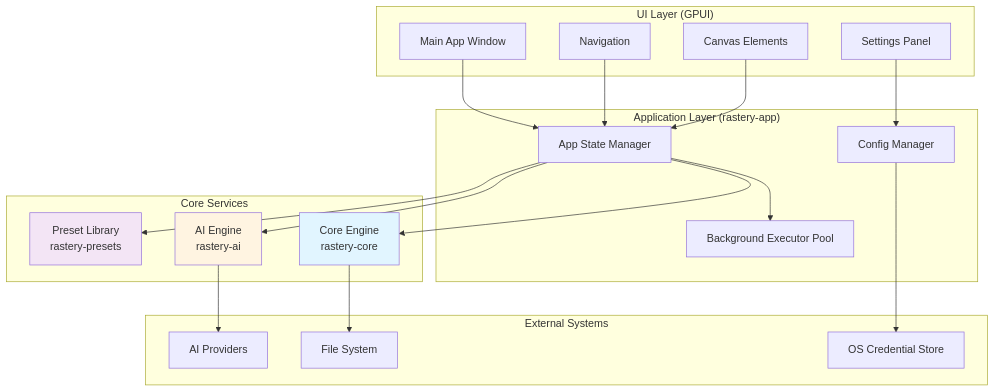
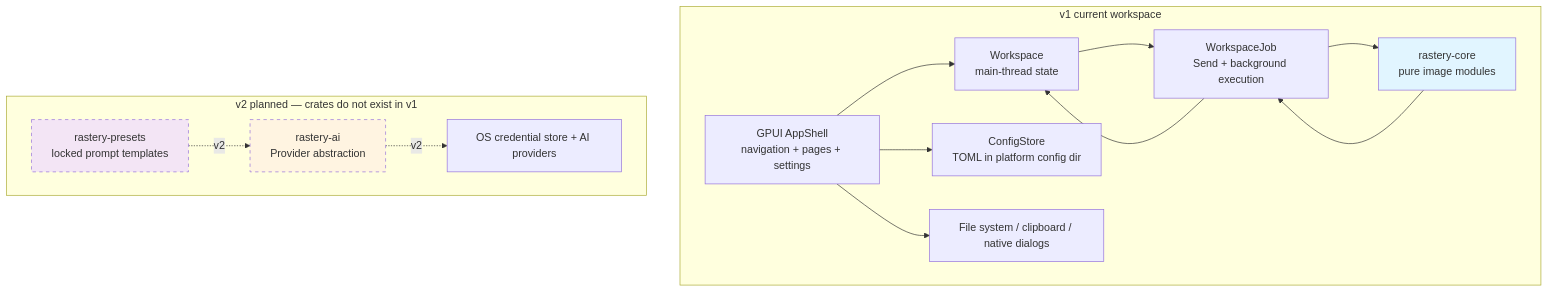
Before and after one commit to willmove/impressy: the first of 2 diagrams in docs/spec/design.md, drawn with Mermaid. The commit also changed other lines of this file and 1 other file, not shown here.

Commit message:
docs: reconcile v1 specification with current scope

````diff
--- a/docs/spec/design.md
+++ b/docs/spec/design.md
@@ -43,43 +56,31 @@
 ```mermaid
 graph TB
-    subgraph "UI Layer (GPUI)"
-        A[Main App Window]
-        B[Navigation]
-        C[Canvas Elements]
-        D[Settings Panel]
+    subgraph "v1 current workspace"
+        A["GPUI AppShell<br/>navigation + pages + settings"]
+        B["Workspace<br/>main-thread state"]
+        C["WorkspaceJob<br/>Send + background execution"]
+        D["rastery-core<br/>pure image modules"]
+        E["ConfigStore<br/>TOML in platform config dir"]
+        F["File system / clipboard / native dialogs"]
     end
-    
-    subgraph "Application Layer (rastery-app)"
-        E[App State Manager]
-        F[Background Executor Pool]
-        G[Config Manager]
+
+    subgraph "v2 planned — crates do not exist in v1"
+        G["rastery-ai<br/>Provider abstraction"]
+        H["rastery-presets<br/>locked prompt templates"]
+        I["OS credential store + AI providers"]
     end
-    
-    subgraph "Core Services"
-        H[Core Engine<br/>rastery-core]
-        I[AI Engine<br/>rastery-ai]
-        K[Preset Library<br/>rastery-presets]
-    end
-    
-    subgraph "External Systems"
-        L[OS Credential Store]
-        M[AI Providers]
-        N[File System]
-    end
-    
+
+    A --> B
+    B --> C
+    C --> D
+    D --> C
+    C --> B
     A --> E
-    B --> E
-    C --> E
-    D --> G
-    E --> F
-    E --> H
-    E --> I
-    E --> K
-    G --> L
-    I --> M
-    H --> N
-    
-    style H fill:#e1f5ff
-    style I fill:#fff4e1
-    style K fill:#f3e5f5
+    A --> F
+    G -. "v2" .-> I
+    H -. "v2" .-> G
+
+    style D fill:#e1f5ff
+    style G fill:#fff4e1,stroke-dasharray: 5 5
+    style H fill:#f3e5f5,stroke-dasharray: 5 5
 ```
````
